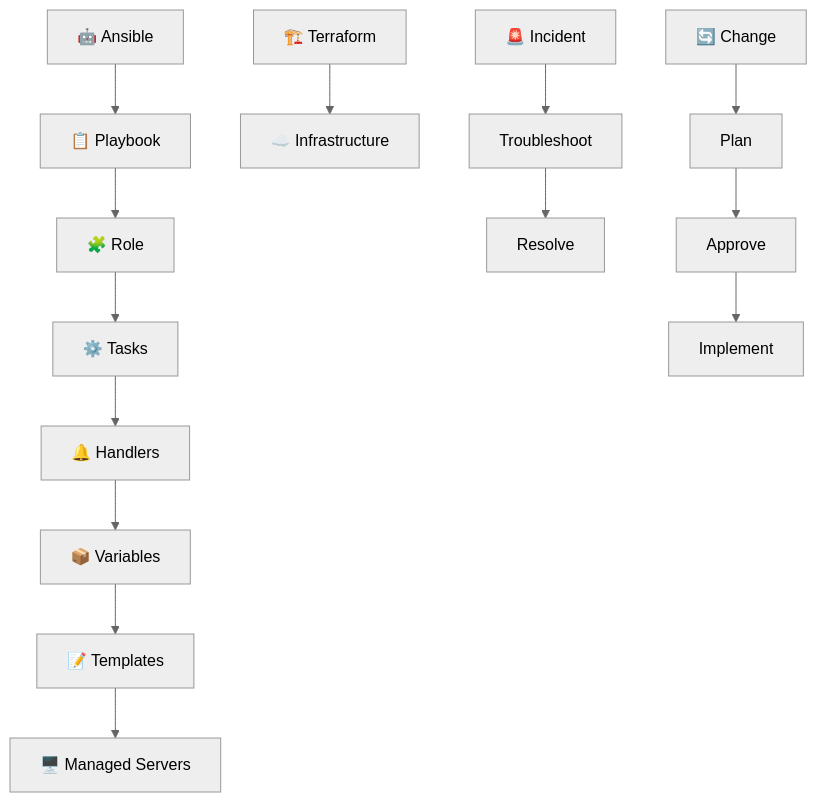
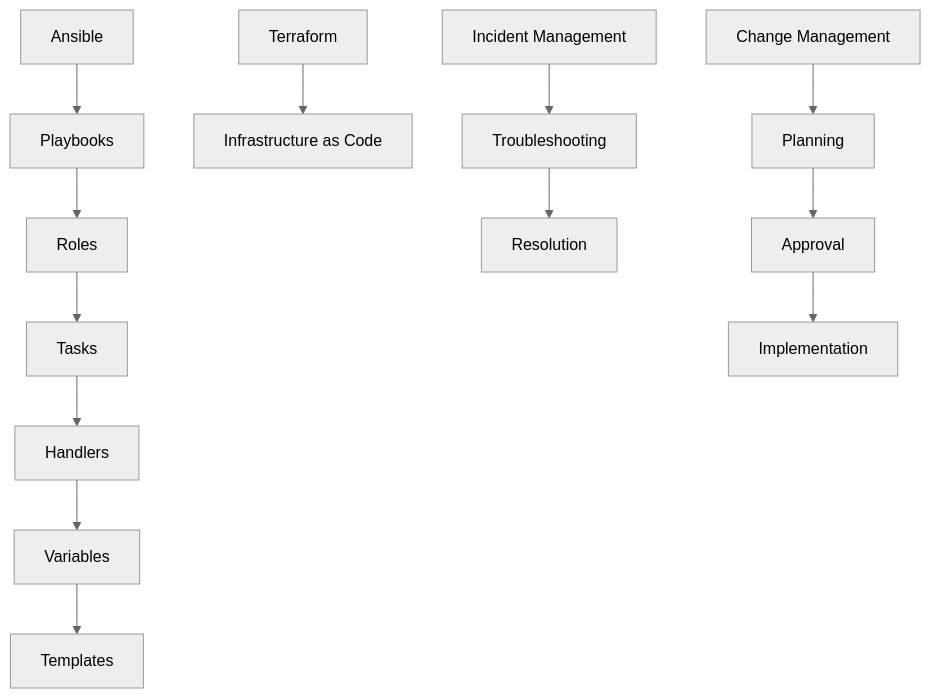
Diagram 18 of 37 in DevOps-Labs-and-Projects/ Day-06 to Day-12/README.md (Yuvii2102/My-Devops-Cloud-Journey), drawn with Mermaid (neutral theme) before and after one commit. The commit also changed other lines of this file, not shown here.

````diff
--- a/DevOps-Labs-and-Projects/ Day-06 to Day-12/README.md
+++ b/DevOps-Labs-and-Projects/ Day-06 to Day-12/README.md
@@ -1194,15 +874,18 @@
 ```mermaid
-flowchart TB
-    A["🤖 Ansible"] --> B["📋 Playbook"]
-    B --> C["🧩 Role"]
-    C --> D["⚙️ Tasks"]
-    D --> E["🔔 Handlers"]
-    E --> F["📦 Variables"]
-    F --> G["📝 Templates"]
-    G --> H["🖥️ Managed Servers"]
+flowchart TD
+    A["Ansible"] --> B["Playbooks"]
+    B --> C["Roles"]
+    C --> D["Tasks"]
+    D --> E["Handlers"]
+    E --> F["Variables"]
+    F --> G["Templates"]
 
-    I["🏗️ Terraform"] --> J["☁️ Infrastructure"]
+    H["Terraform"] --> I["Infrastructure as Code"]
 
-    K["🚨 Incident"] --> L["Troubleshoot"] --> M["Resolve"]
-    N["🔄 Change"] --> O["Plan"] --> P["Approve"] --> Q["Implement"]
+    J["Incident Management"] --> K["Troubleshooting"]
+    K --> L["Resolution"]
+
+    M["Change Management"] --> N["Planning"]
+    N --> O["Approval"]
+    O --> P["Implementation"]
 ```
````
